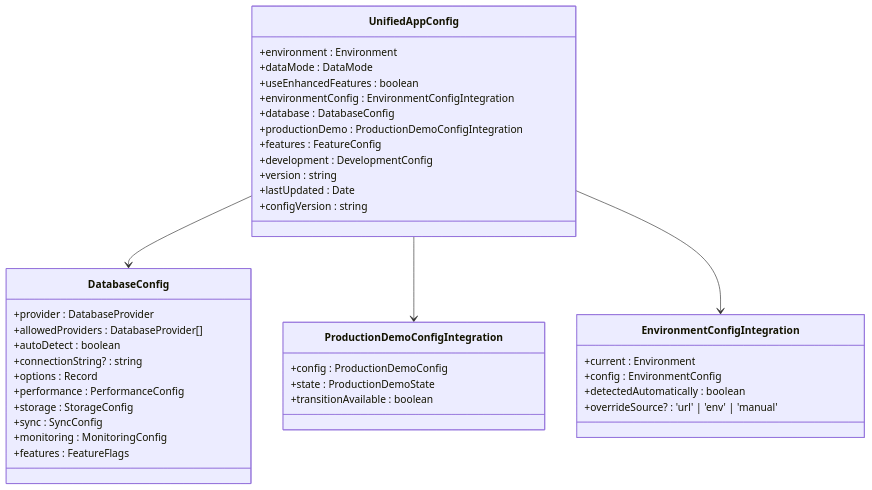
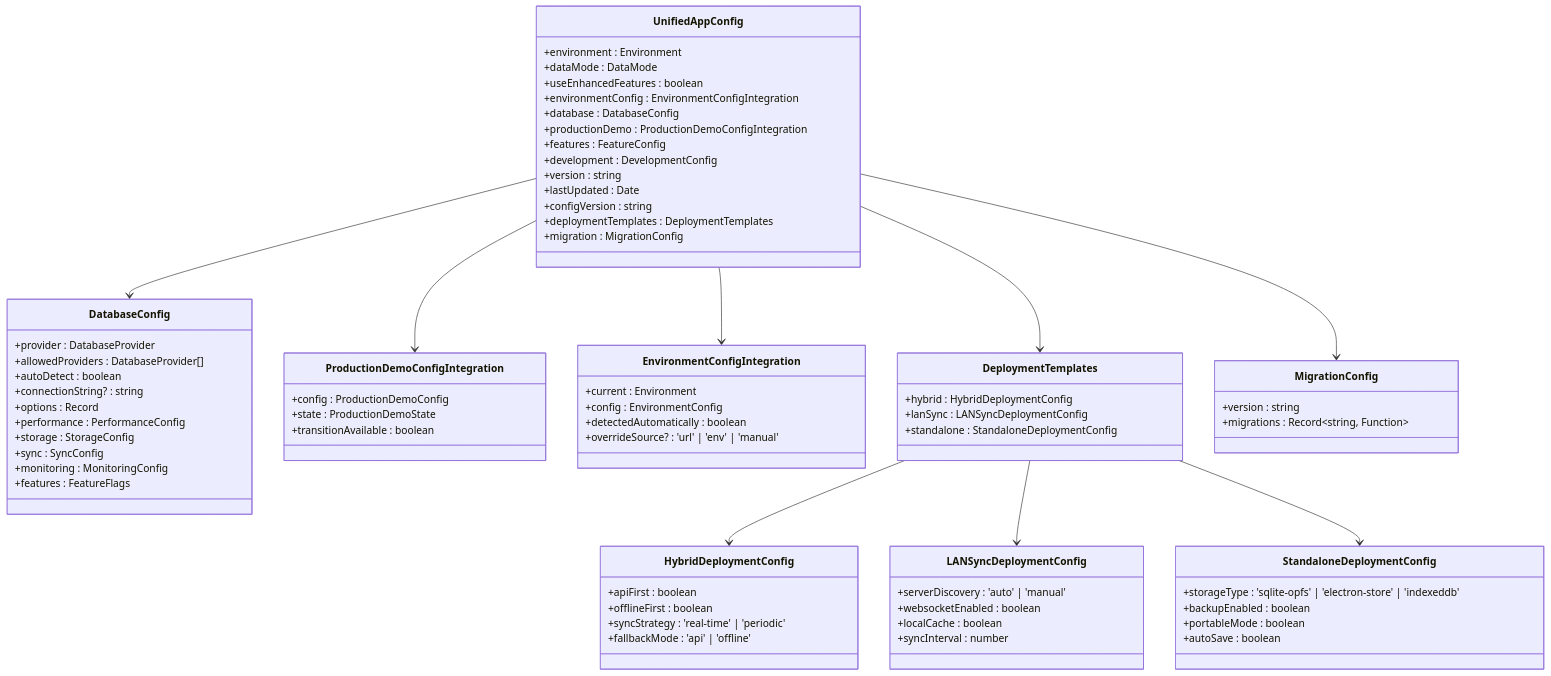
Before and after one commit to geniusdynamics/schoolpilot: the second of 23 diagrams in .qoder/repowiki/en/content/Core Systems/Configuration System/Configuration System.md, drawn with Mermaid. The commit also changed other lines of this file and 8 other files, not shown here.

````diff
--- a/.qoder/repowiki/en/content/Core Systems/Configuration System/Configuration System.md
+++ b/.qoder/repowiki/en/content/Core Systems/Configuration System/Configuration System.md
@@ -124,42 +149,76 @@
 ```mermaid
 classDiagram
 class UnifiedAppConfig {
 +environment : Environment
 +dataMode : DataMode
 +useEnhancedFeatures : boolean
 +environmentConfig : EnvironmentConfigIntegration
 +database : DatabaseConfig
 +productionDemo : ProductionDemoConfigIntegration
 +features : FeatureConfig
 +development : DevelopmentConfig
 +version : string
 +lastUpdated : Date
 +configVersion : string
++deploymentTemplates : DeploymentTemplates
++migration : MigrationConfig
 }
 class DatabaseConfig {
 +provider : DatabaseProvider
 +allowedProviders : DatabaseProvider[]
 +autoDetect : boolean
 +connectionString? : string
 +options : Record<string, any>
 +performance : PerformanceConfig
 +storage : StorageConfig
 +sync : SyncConfig
 +monitoring : MonitoringConfig
 +features : FeatureFlags
 }
 class ProductionDemoConfigIntegration {
 +config : ProductionDemoConfig
 +state : ProductionDemoState
 +transitionAvailable : boolean
 }
 class EnvironmentConfigIntegration {
 +current : Environment
 +config : EnvironmentConfig
 +detectedAutomatically : boolean
 +overrideSource? : 'url' | 'env' | 'manual'
 }
+class DeploymentTemplates {
++hybrid : HybridDeploymentConfig
++lanSync : LANSyncDeploymentConfig
++standalone : StandaloneDeploymentConfig
+}
+class HybridDeploymentConfig {
++apiFirst : boolean
++offlineFirst : boolean
++syncStrategy : 'real-time' | 'periodic'
++fallbackMode : 'api' | 'offline'
+}
+class LANSyncDeploymentConfig {
++serverDiscovery : 'auto' | 'manual'
++websocketEnabled : boolean
++localCache : boolean
++syncInterval : number
+}
+class StandaloneDeploymentConfig {
++storageType : 'sqlite-opfs' | 'electron-store' | 'indexeddb'
++backupEnabled : boolean
++portableMode : boolean
++autoSave : boolean
+}
+class MigrationConfig {
++version : string
++migrations : Record~string, Function~
+}
 UnifiedAppConfig --> DatabaseConfig
 UnifiedAppConfig --> ProductionDemoConfigIntegration
 UnifiedAppConfig --> EnvironmentConfigIntegration
+UnifiedAppConfig --> DeploymentTemplates
+UnifiedAppConfig --> MigrationConfig
+DeploymentTemplates --> HybridDeploymentConfig
+DeploymentTemplates --> LANSyncDeploymentConfig
+DeploymentTemplates --> StandaloneDeploymentConfig
 ```
````
